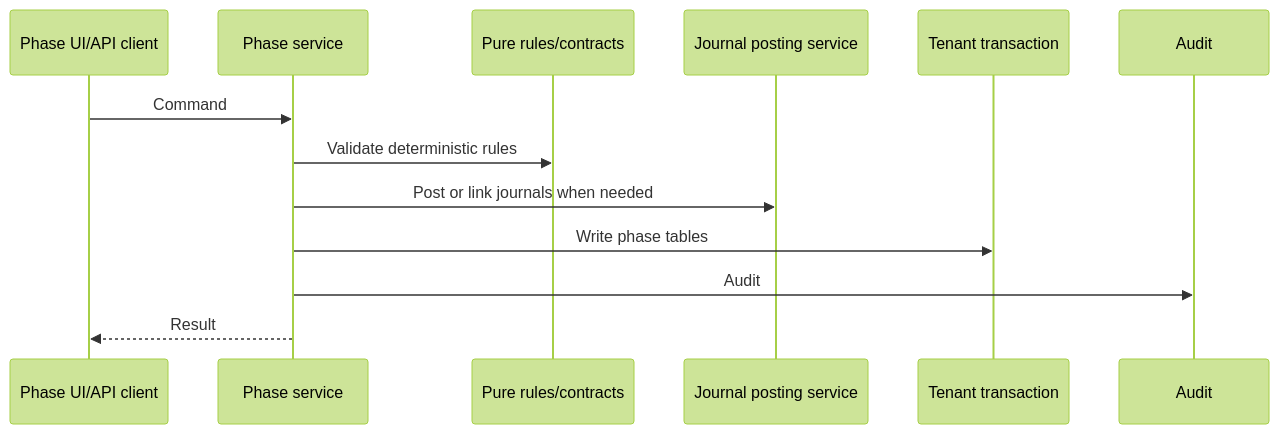
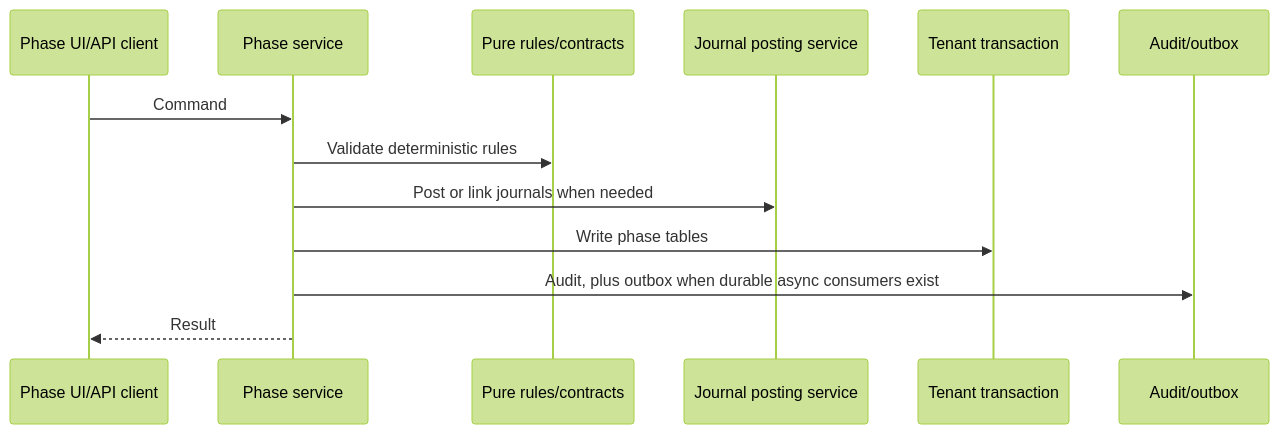
One commit to isherbuilds/edernal-books changed the second of 2 diagrams in docs/superpowers/plans/2026-06-16-phases-02-10-roadmap-plans.md. Above: the diagram before and after it, drawn with Mermaid (forest theme). The commit also changed other lines of this file and 33 other files, not shown here.

````diff
--- a/docs/superpowers/plans/2026-06-16-phases-02-10-roadmap-plans.md
+++ b/docs/superpowers/plans/2026-06-16-phases-02-10-roadmap-plans.md
@@ -47,16 +47,16 @@
 ```mermaid
 sequenceDiagram
   participant UI as Phase UI/API client
   participant Service as Phase service
   participant Core as Pure rules/contracts
   participant Ledger as Journal posting service
   participant DB as Tenant transaction
-  participant Audit as Audit
+  participant Events as Audit/outbox
 
   UI->>Service: Command
   Service->>Core: Validate deterministic rules
   Service->>Ledger: Post or link journals when needed
   Service->>DB: Write phase tables
-  Service->>Audit: Audit
+  Service->>Events: Audit, plus outbox when durable async consumers exist
   Service-->>UI: Result
 ```
````
